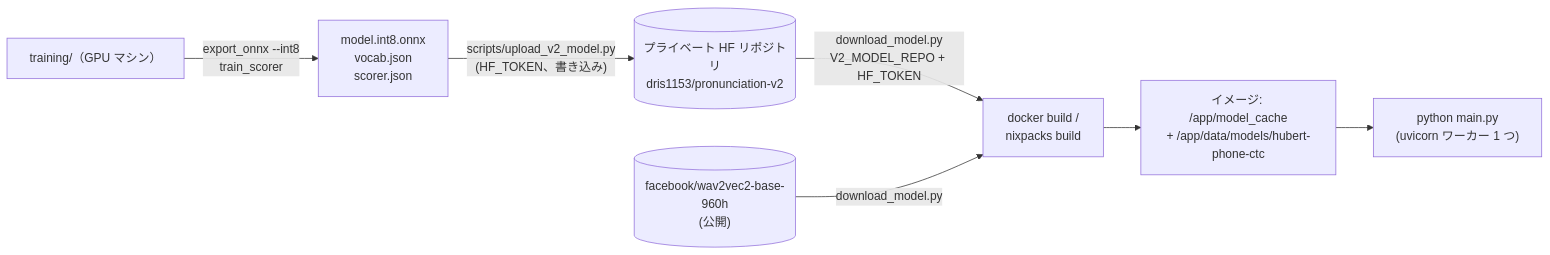
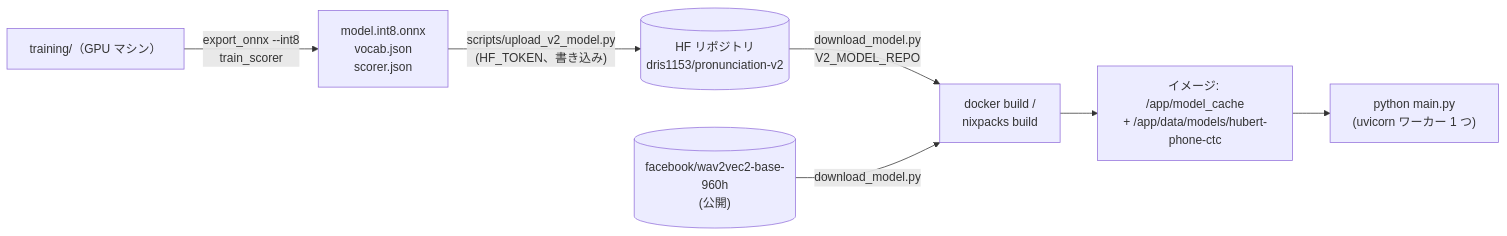
One commit to dris1153/pronunciation-service changed the diagram in languages/ja/docs/deployment.md. Above: the diagram before and after it, drawn with Mermaid. The commit also changed other lines of this file and 40 other files, not shown here.

````diff
--- a/languages/ja/docs/deployment.md
+++ b/languages/ja/docs/deployment.md
@@ -9,9 +9,9 @@
 ```mermaid
 flowchart LR
     train["training/（GPU マシン）"] -->|"export_onnx --int8<br/>train_scorer"| files["model.int8.onnx<br/>vocab.json<br/>scorer.json"]
-    files -->|"scripts/upload_v2_model.py<br/>(HF_TOKEN、書き込み)"| hf[("プライベート HF リポジトリ<br/>dris1153/pronunciation-v2")]
-    hf -->|"download_model.py<br/>V2_MODEL_REPO + HF_TOKEN"| build["docker build /<br/>nixpacks build"]
+    files -->|"scripts/upload_v2_model.py<br/>(HF_TOKEN、書き込み)"| hf[("HF リポジトリ<br/>dris1153/pronunciation-v2")]
+    hf -->|"download_model.py<br/>V2_MODEL_REPO"| build["docker build /<br/>nixpacks build"]
     pub[("facebook/wav2vec2-base-960h<br/>(公開)")] -->|"download_model.py"| build
     build --> img["イメージ: /app/model_cache<br/>+ /app/data/models/hubert-phone-ctc"]
     img --> run["python main.py<br/>(uvicorn ワーカー 1 つ)"]
 ```
````
